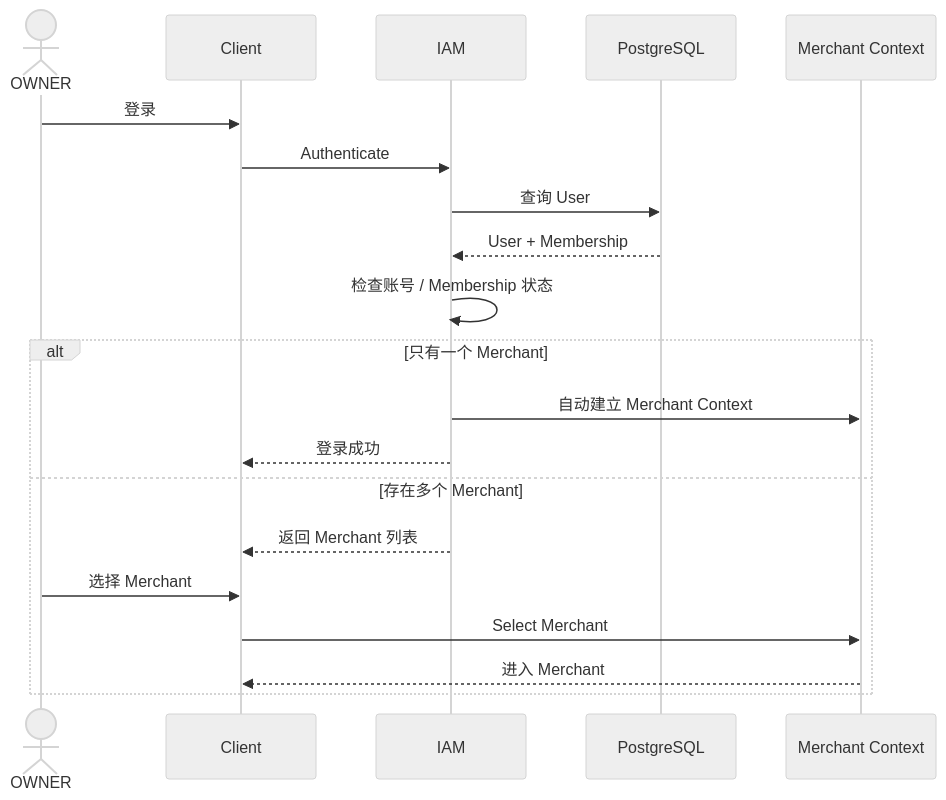
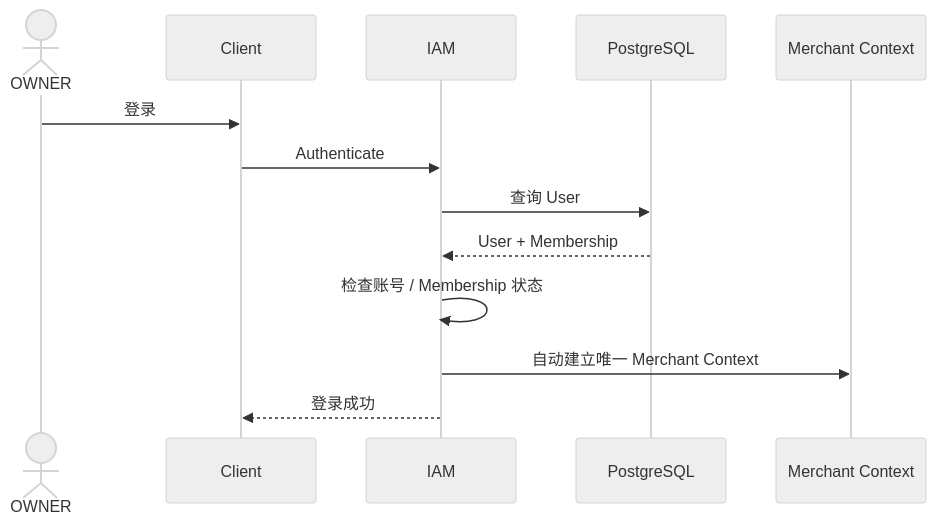
One commit to sxyq/mastergoods changed the third of 13 diagrams in docs/system-design/01-账户与身份/02-登录与会话.md. Above: the diagram before and after it, drawn with Mermaid (neutral theme). The commit also changed other lines of this file and 10 other files, not shown here.

````diff
--- a/docs/system-design/01-账户与身份/02-登录与会话.md
+++ b/docs/system-design/01-账户与身份/02-登录与会话.md
@@ -132,25 +132,18 @@
 ```mermaid
 sequenceDiagram
     actor O as OWNER
     participant C as Client
     participant IAM as IAM
     participant DB as PostgreSQL
     participant CTX as Merchant Context
 
     O->>C: 登录
     C->>IAM: Authenticate
     IAM->>DB: 查询 User
     DB-->>IAM: User + Membership
 
     IAM->>IAM: 检查账号 / Membership 状态
 
-    alt 只有一个 Merchant
-        IAM->>CTX: 自动建立 Merchant Context
-        IAM-->>C: 登录成功
-    else 存在多个 Merchant
-        IAM-->>C: 返回 Merchant 列表
-        O->>C: 选择 Merchant
-        C->>CTX: Select Merchant
-        CTX-->>C: 进入 Merchant
-    end
+    IAM->>CTX: 自动建立唯一 Merchant Context
+    IAM-->>C: 登录成功
 ```
````
